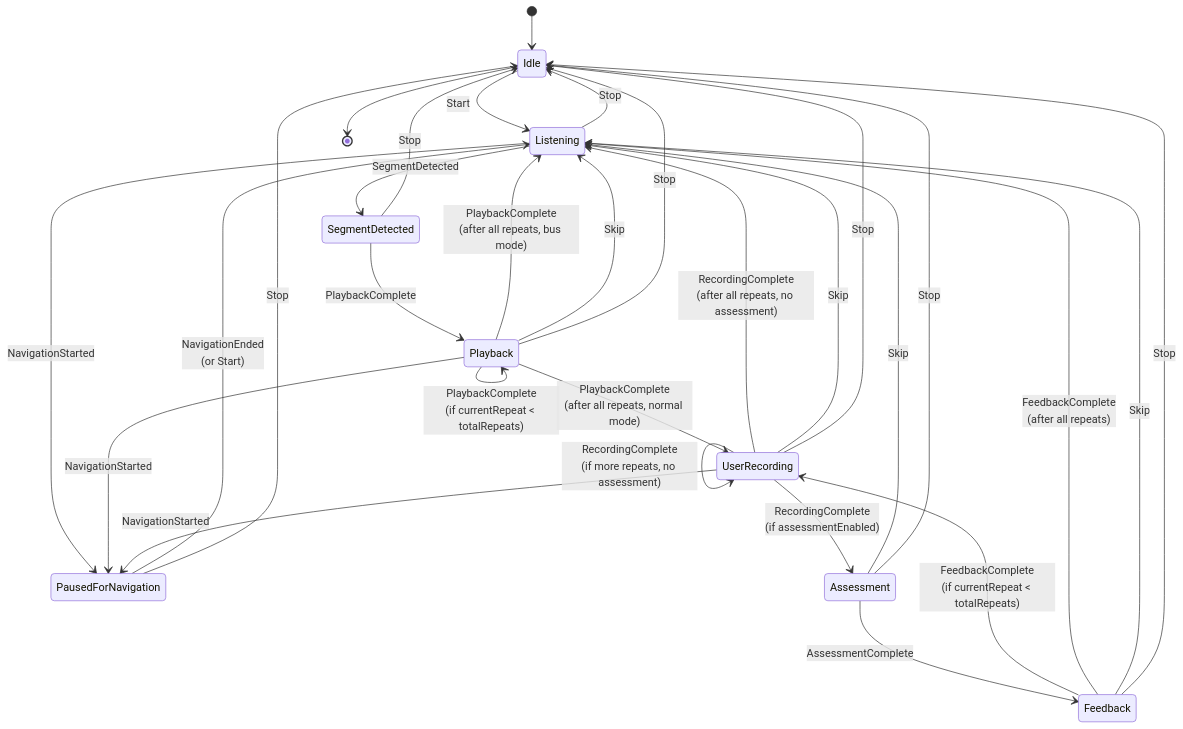
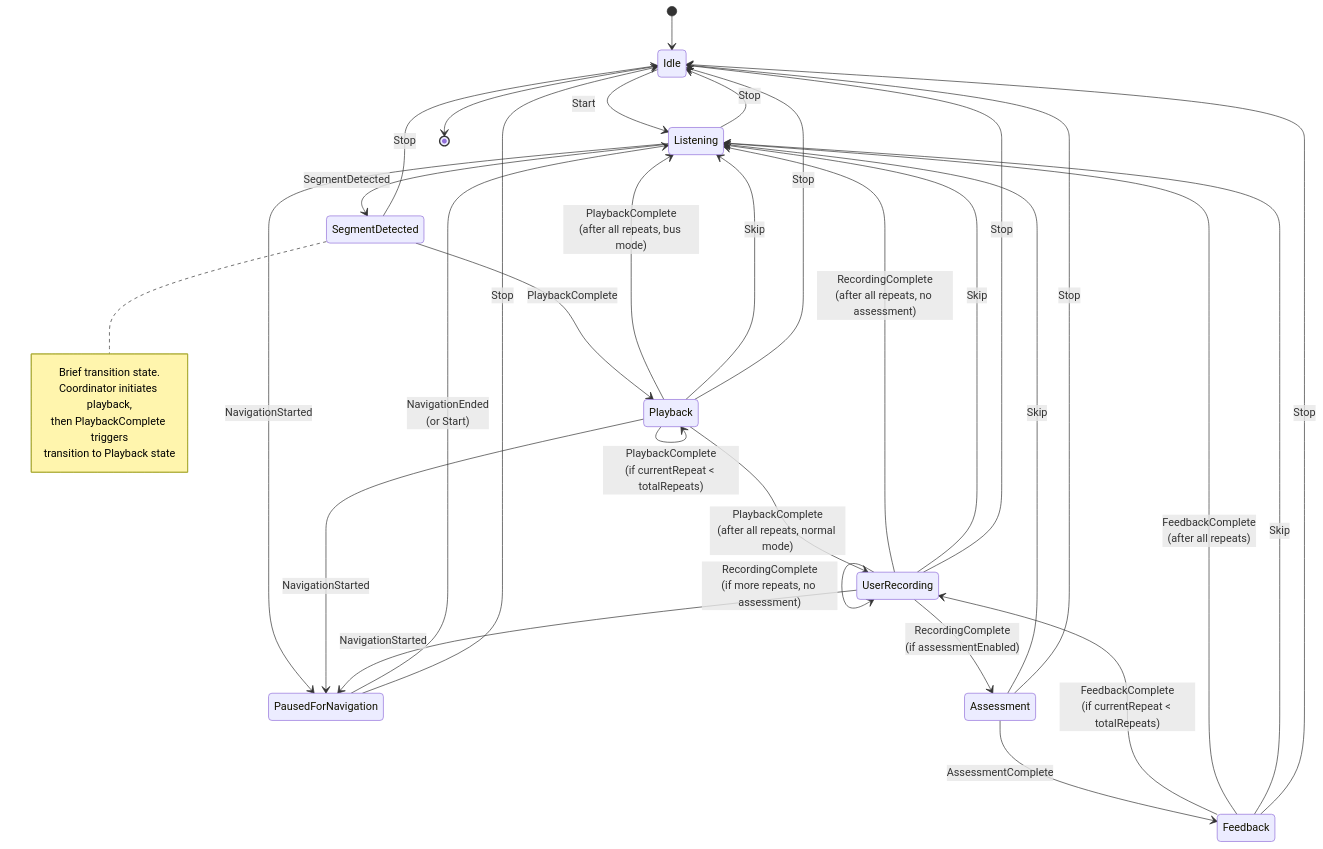
One commit to BarakEm/shadow_master changed the first of 6 diagrams in docs/state-machine-diagram.md. Above: the diagram before and after it, drawn with Mermaid. The commit also changed 1 other file, not shown here.

Commit message:
Clarify counter semantics and SegmentDetected transition
- Fixed counter documentation: counters are 1-based when active, 0 when reset
- Added note to state diagram explaining SegmentDetected->Playback flow
- Clarified that PlaybackEngine initiates playback, then fires PlaybackComplete

````diff
--- a/docs/state-machine-diagram.md
+++ b/docs/state-machine-diagram.md
@@ -7,41 +7,48 @@
 ```mermaid
 stateDiagram-v2
     [*] --> Idle
     
     Idle --> Listening: Start
     
     Listening --> SegmentDetected: SegmentDetected
     Listening --> PausedForNavigation: NavigationStarted
     Listening --> Idle: Stop
+    
+    note right of SegmentDetected
+        Brief transition state.
+        Coordinator initiates playback,
+        then PlaybackComplete triggers
+        transition to Playback state
+    end note
     
     SegmentDetected --> Playback: PlaybackComplete
     SegmentDetected --> Idle: Stop
     
     Playback --> Playback: PlaybackComplete<br/>(if currentRepeat < totalRepeats)
     Playback --> UserRecording: PlaybackComplete<br/>(after all repeats, normal mode)
     Playback --> Listening: PlaybackComplete<br/>(after all repeats, bus mode)
     Playback --> Listening: Skip
     Playback --> PausedForNavigation: NavigationStarted
     Playback --> Idle: Stop
     
     UserRecording --> Assessment: RecordingComplete<br/>(if assessmentEnabled)
     UserRecording --> UserRecording: RecordingComplete<br/>(if more repeats, no assessment)
     UserRecording --> Listening: RecordingComplete<br/>(after all repeats, no assessment)
     UserRecording --> Listening: Skip
     UserRecording --> PausedForNavigation: NavigationStarted
     UserRecording --> Idle: Stop
     
     Assessment --> Feedback: AssessmentComplete
     Assessment --> Listening: Skip
     Assessment --> Idle: Stop
     
     Feedback --> UserRecording: FeedbackComplete<br/>(if currentRepeat < totalRepeats)
     Feedback --> Listening: FeedbackComplete<br/>(after all repeats)
     Feedback --> Listening: Skip
     Feedback --> Idle: Stop
     
     PausedForNavigation --> Listening: NavigationEnded<br/>(or Start)
     PausedForNavigation --> Idle: Stop
     
     Idle --> [*]
 ```
````
